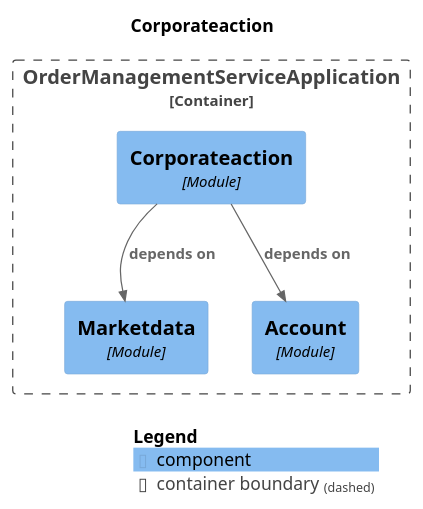
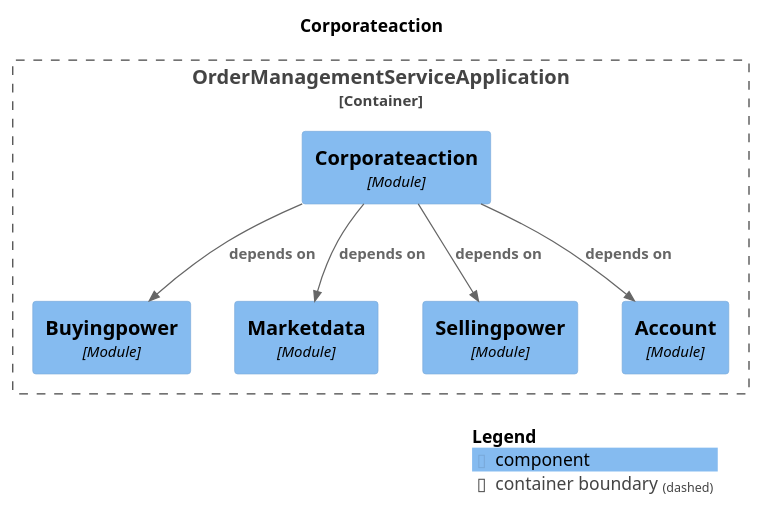
Before and after one commit to NosearY/order-management-service-reference-implementation: the diagram in static/spring-modulith-docs/module-corporateaction.puml, drawn with PlantUML. The commit also changed 22 other files, not shown here.

```diff
--- a/static/spring-modulith-docs/module-corporateaction.puml
+++ b/static/spring-modulith-docs/module-corporateaction.puml
@@ -1,21 +1,25 @@
 @startuml
 set separator none
 title Corporateaction
 
 top to bottom direction
 
 !include <C4/C4>
 !include <C4/C4_Context>
 !include <C4/C4_Component>
 
 Container_Boundary("OrderManagementServiceApplication.OrderManagementServiceApplication_boundary", "OrderManagementServiceApplication", $tags="") {
   Component(OrderManagementServiceApplication.OrderManagementServiceApplication.Corporateaction, "Corporateaction", $techn="Module", $descr="", $tags="", $link="")
+  Component(OrderManagementServiceApplication.OrderManagementServiceApplication.Buyingpower, "Buyingpower", $techn="Module", $descr="", $tags="", $link="")
   Component(OrderManagementServiceApplication.OrderManagementServiceApplication.Marketdata, "Marketdata", $techn="Module", $descr="", $tags="", $link="")
+  Component(OrderManagementServiceApplication.OrderManagementServiceApplication.Sellingpower, "Sellingpower", $techn="Module", $descr="", $tags="", $link="")
   Component(OrderManagementServiceApplication.OrderManagementServiceApplication.Account, "Account", $techn="Module", $descr="", $tags="", $link="")
 }
 
 Rel(OrderManagementServiceApplication.OrderManagementServiceApplication.Corporateaction, OrderManagementServiceApplication.OrderManagementServiceApplication.Marketdata, "depends on", $techn="", $tags="", $link="")
 Rel(OrderManagementServiceApplication.OrderManagementServiceApplication.Corporateaction, OrderManagementServiceApplication.OrderManagementServiceApplication.Account, "depends on", $techn="", $tags="", $link="")
+Rel(OrderManagementServiceApplication.OrderManagementServiceApplication.Corporateaction, OrderManagementServiceApplication.OrderManagementServiceApplication.Buyingpower, "depends on", $techn="", $tags="", $link="")
+Rel(OrderManagementServiceApplication.OrderManagementServiceApplication.Corporateaction, OrderManagementServiceApplication.OrderManagementServiceApplication.Sellingpower, "depends on", $techn="", $tags="", $link="")
 
 SHOW_LEGEND(true)
 @enduml
```
